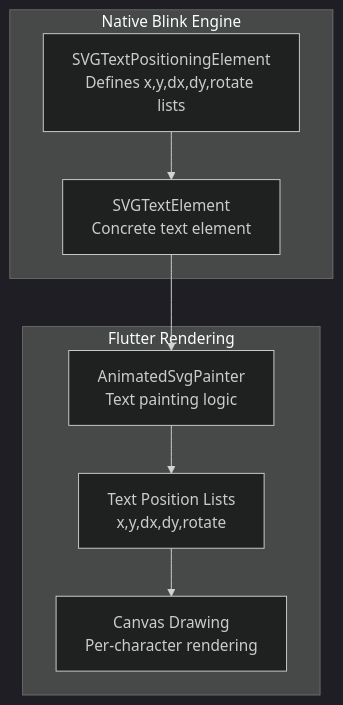
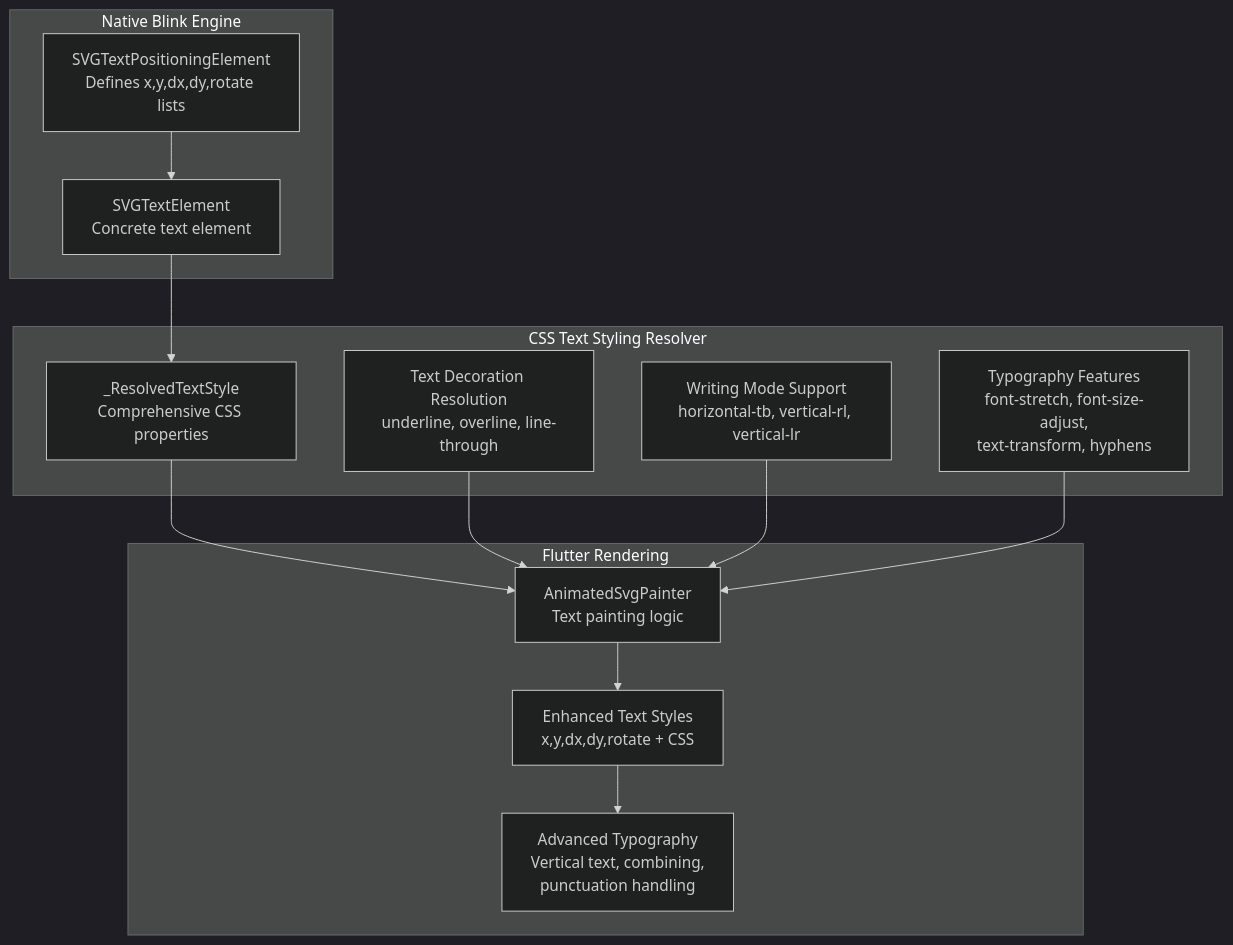
The first of 5 diagrams in .qoder/repowiki/en/content/Animated SVG Support/Text Positioning Attributes.md (denisnadey/flutter_full_svg_support), drawn with Mermaid (dark theme) before and after one commit. The commit also changed other lines of this file and 86 other files, not shown here.

````diff
--- a/.qoder/repowiki/en/content/Animated SVG Support/Text Positioning Attributes.md
+++ b/.qoder/repowiki/en/content/Animated SVG Support/Text Positioning Attributes.md
@@ -32,16 +50,26 @@
 ```mermaid
 graph TB
 subgraph "Native Blink Engine"
 A["SVGTextPositioningElement<br/>Defines x,y,dx,dy,rotate lists"]
 B["SVGTextElement<br/>Concrete text element"]
 end
+subgraph "CSS Text Styling Resolver"
+C["_ResolvedTextStyle<br/>Comprehensive CSS properties"]
+D["Text Decoration Resolution<br/>underline, overline, line-through"]
+E["Writing Mode Support<br/>horizontal-tb, vertical-rl, vertical-lr"]
+F["Typography Features<br/>font-stretch, font-size-adjust,<br/>text-transform, hyphens"]
+end
 subgraph "Flutter Rendering"
-C["AnimatedSvgPainter<br/>Text painting logic"]
-D["Text Position Lists<br/>x,y,dx,dy,rotate"]
-E["Canvas Drawing<br/>Per-character rendering"]
+G["AnimatedSvgPainter<br/>Text painting logic"]
+H["Enhanced Text Styles<br/>x,y,dx,dy,rotate + CSS"]
+I["Advanced Typography<br/>Vertical text, combining,<br/>punctuation handling"]
 end
 A --> B
 B --> C
-C --> D
-D --> E
+C --> G
+D --> G
+E --> G
+F --> G
+G --> H
+H --> I
 ```
````
